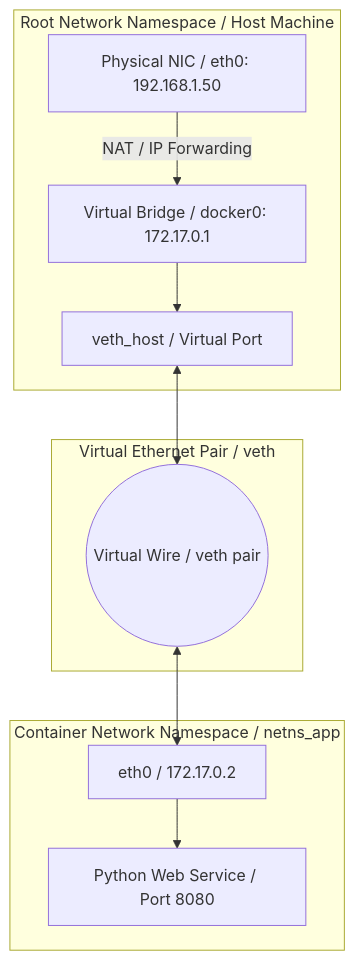
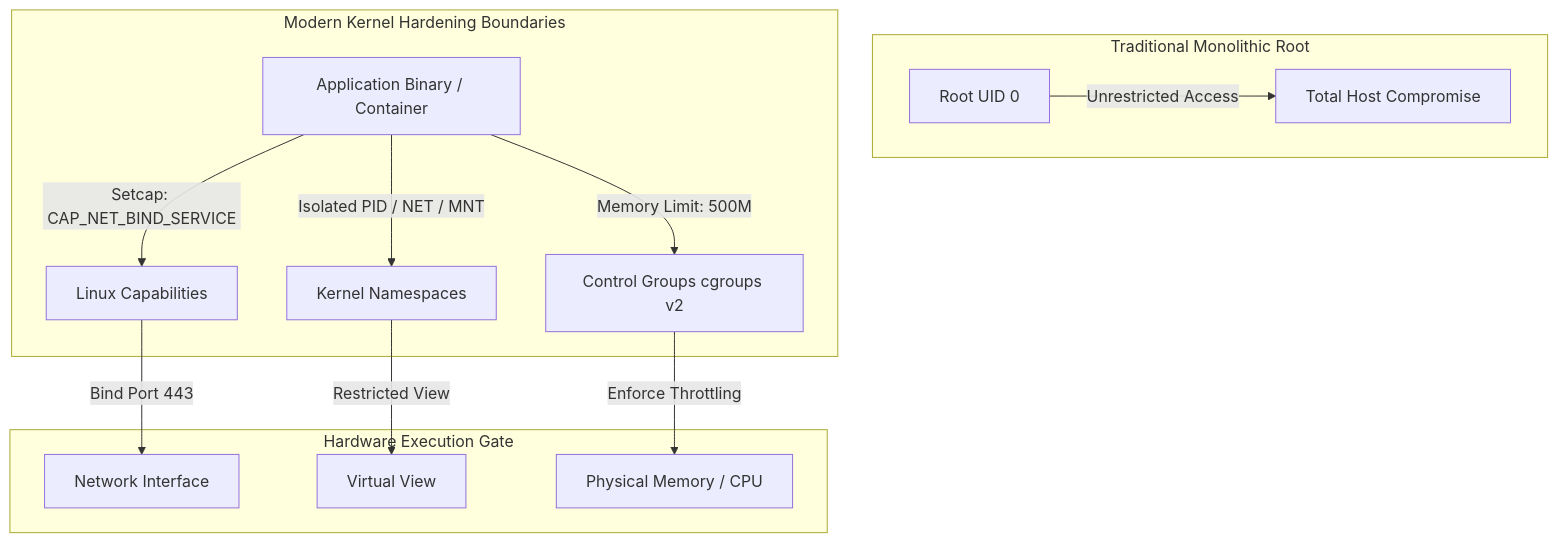
One commit to aloysiuspattath/platform-engineering-ai-course changed the diagram in output/generated/module-01/lesson-06.md. Above: the diagram before and after it, drawn with Mermaid. The commit also changed other lines of this file and 16 other files, not shown here.

````diff
--- a/output/generated/module-01/lesson-06.md
+++ b/output/generated/module-01/lesson-06.md
@@ -65,24 +68,24 @@
 ```mermaid
 flowchart TD
-    subgraph Root Network Namespace / Host Machine
-        NIC[Physical NIC / eth0: 192.168.1.50]
-        BR[Virtual Bridge / docker0: 172.17.0.1]
-        VETH_HOST[veth_host / Virtual Port]
-        
-        NIC -->|NAT / IP Forwarding| BR
-        BR --> VETH_HOST
+    subgraph Traditional Monolithic Root
+        ROOT[Root UID 0] -->|Unrestricted Access| ALL[Total Host Compromise]
     end
 
-    subgraph Virtual Ethernet Pair / veth
-        WIRE((Virtual Wire / veth pair))
-        VETH_HOST <--> WIRE
+    subgraph Modern Kernel Hardening Boundaries
+        APP[Application Binary / Container]
+        
+        SUB_CAP[Linux Capabilities]
+        SUB_NS[Kernel Namespaces]
+        SUB_CG[Control Groups cgroups v2]
+
+        APP -->|Setcap: CAP_NET_BIND_SERVICE| SUB_CAP
+        APP -->|Isolated PID / NET / MNT| SUB_NS
+        APP -->|Memory Limit: 500M| SUB_CG
     end
 
-    subgraph Container Network Namespace / netns_app
-        VETH_CONT[eth0 / 172.17.0.2]
-        APP[Python Web Service / Port 8080]
-        
-        WIRE <--> VETH_CONT
-        VETH_CONT --> APP
+    subgraph Hardware Execution Gate
+        SUB_CAP -->|Bind Port 443| PORT[Network Interface]
+        SUB_NS -->|Restricted View| VFS[Virtual View]
+        SUB_CG -->|Enforce Throttling| RAM[Physical Memory / CPU]
     end
 ```
````
